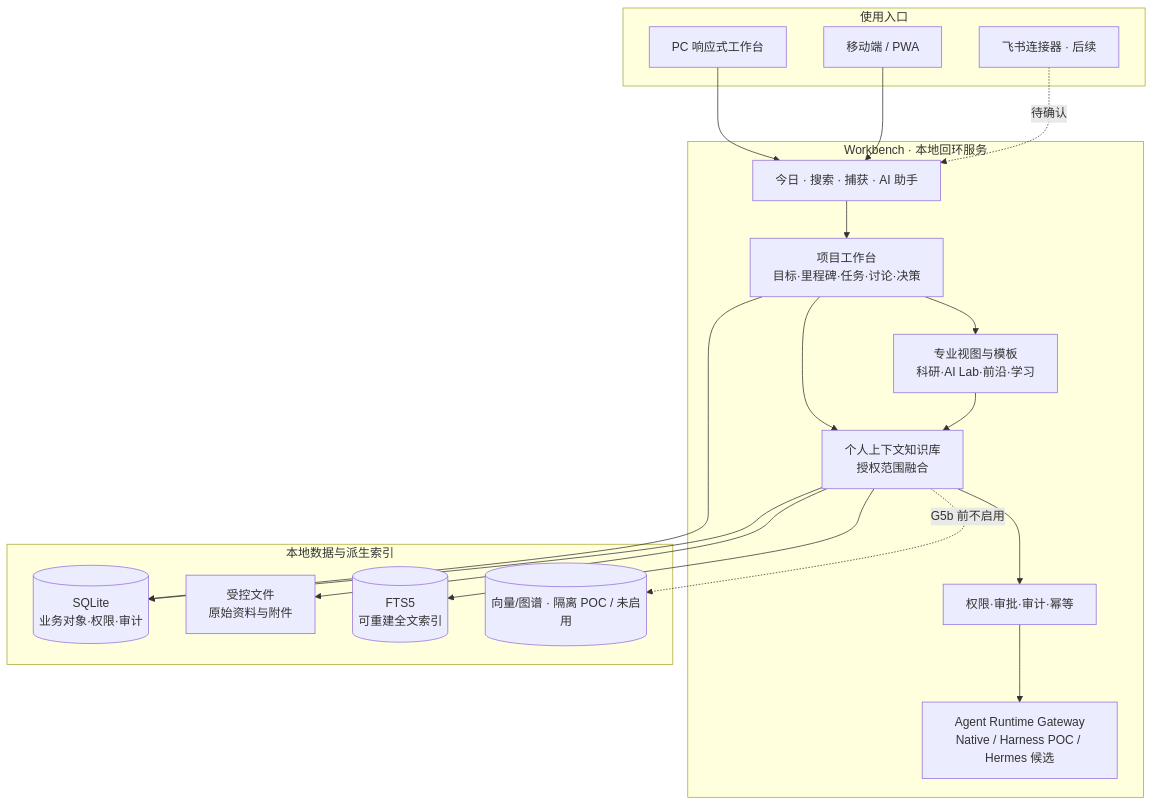
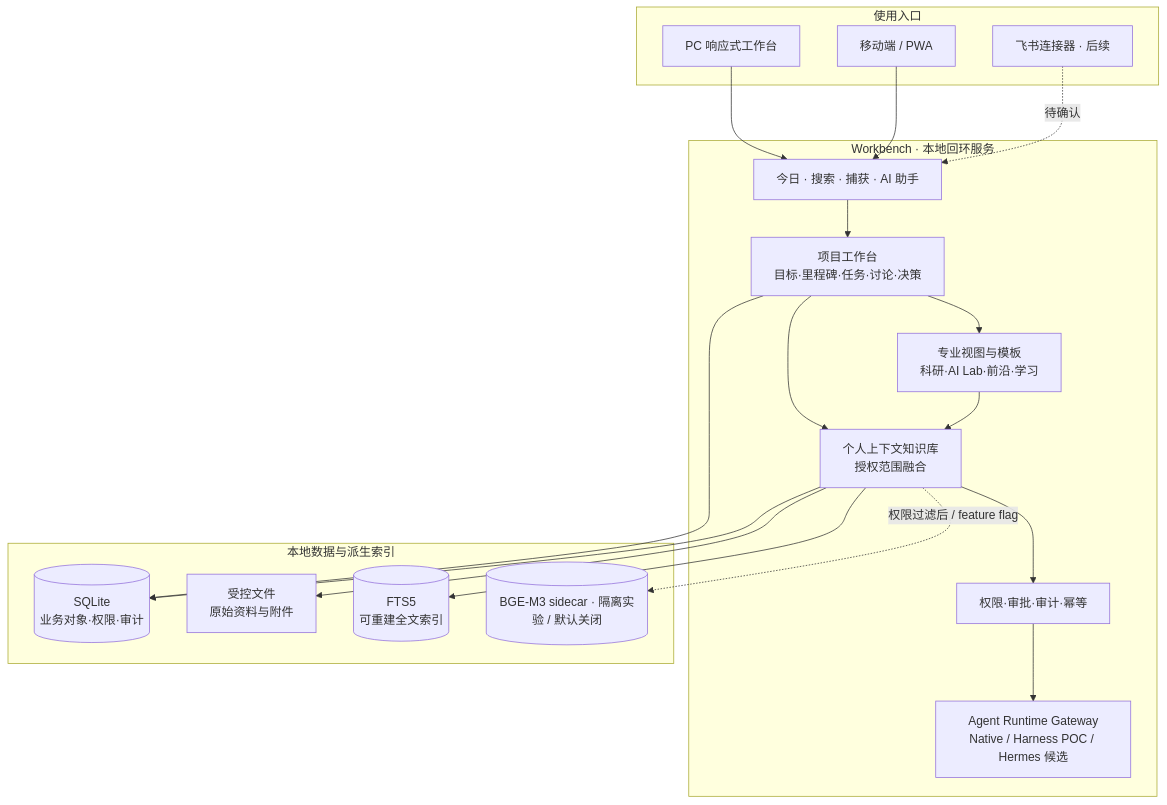
The diagram in README.md (jiezho/DDUP), drawn with Mermaid before and after one commit. The commit also changed other lines of this file and 30 other files, not shown here.

````diff
--- a/README.md
+++ b/README.md
@@ -18,39 +18,39 @@
 ```mermaid
 flowchart TB
   subgraph Clients[使用入口]
     PC[PC 响应式工作台]
     Mobile[移动端 / PWA]
     Feishu[飞书连接器 · 后续]
   end
 
   subgraph Workbench[Workbench · 本地回环服务]
     Entry[今日 · 搜索 · 捕获 · AI 助手]
     Project[项目工作台\n目标·里程碑·任务·讨论·决策]
     Professional[专业视图与模板\n科研·AI Lab·前沿·学习]
     Context[个人上下文知识库\n授权范围融合]
     Governance[权限·审批·审计·幂等]
     Runtime[Agent Runtime Gateway\nNative / Harness POC / Hermes 候选]
   end
 
   subgraph Data[本地数据与派生索引]
     SQLite[(SQLite\n业务对象·权限·审计)]
     Files[受控文件\n原始资料与附件]
     FTS[(FTS5\n可重建全文索引)]
-    Vector[(向量/图谱 · 隔离 POC / 未启用)]
+    Vector[(BGE-M3 sidecar · 隔离实验 / 默认关闭)]
   end
 
   PC --> Entry
   Mobile --> Entry
   Feishu -. 待确认 .-> Entry
   Entry --> Project
   Project --> Professional
   Project --> Context
   Professional --> Context
   Context --> Governance
   Governance --> Runtime
   Project --> SQLite
   Context --> SQLite
   Context --> Files
   Context --> FTS
-  Context -. G5b 前不启用 .-> Vector
+  Context -. 权限过滤后 / feature flag .-> Vector
 ```
````
